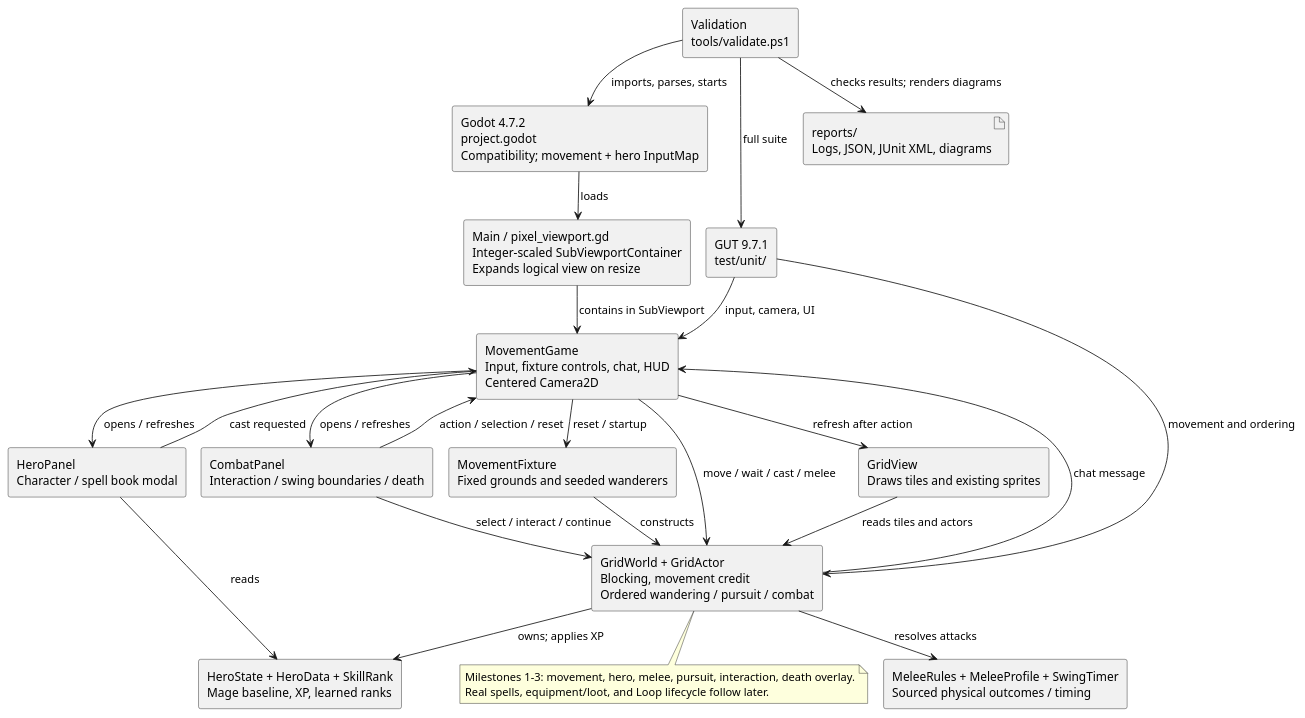
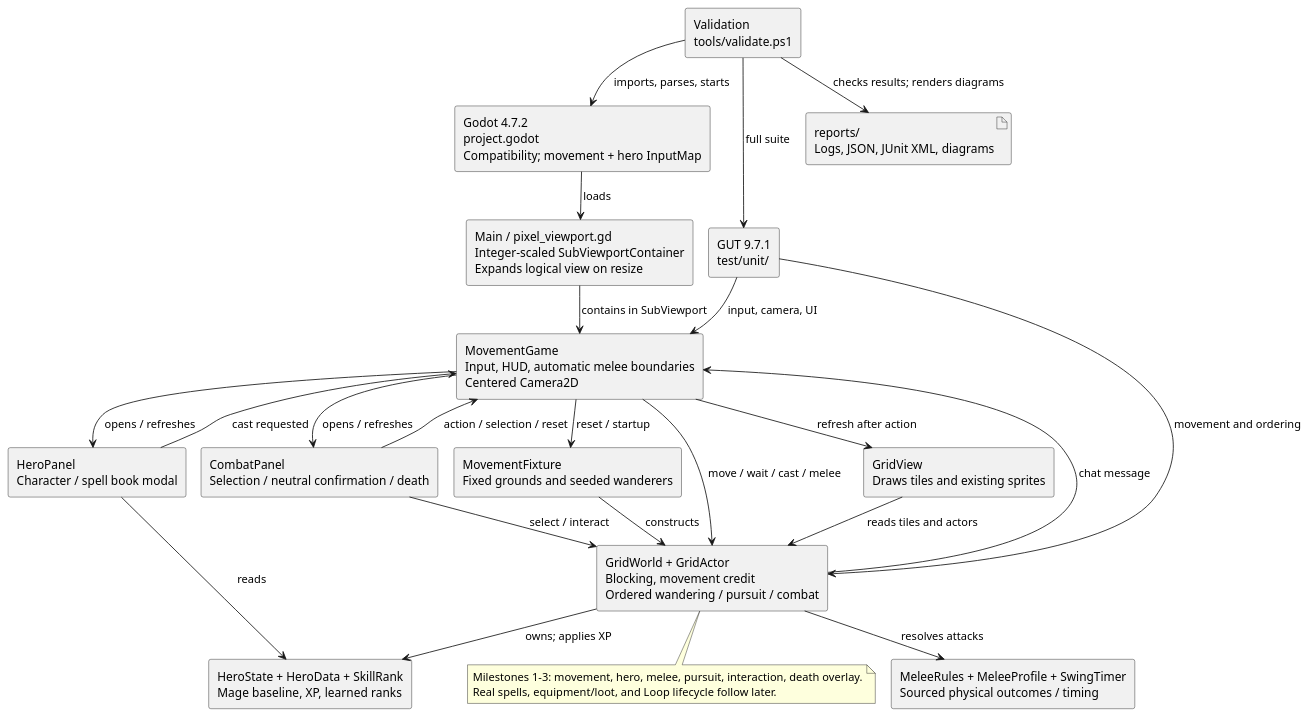
The diagram in docs/architecture/components.puml (VHonzik/Ostinato), drawn with PlantUML before and after one commit. The commit also changed 12 other files, not shown here.

Commit message:
Address milestone 3 combat and interaction QA

```diff
--- a/docs/architecture/components.puml
+++ b/docs/architecture/components.puml
@@ -1,48 +1,48 @@
 @startuml
 !pragma layout smetana
 skinparam componentStyle rectangle
 skinparam shadowing false
 skinparam nodesep 55
 skinparam ranksep 45
 
 component "Godot 4.7.2\nproject.godot\nCompatibility; movement + hero InputMap" as Godot
 component "Main / pixel_viewport.gd\nInteger-scaled SubViewportContainer\nExpands logical view on resize" as Main
-component "MovementGame\nInput, fixture controls, chat, HUD\nCentered Camera2D" as Game
+component "MovementGame\nInput, HUD, automatic melee boundaries\nCentered Camera2D" as Game
 component "GridView\nDraws tiles and existing sprites" as View
 component "GridWorld + GridActor\nBlocking, movement credit\nOrdered wandering / pursuit / combat" as World
 component "HeroState + HeroData + SkillRank\nMage baseline, XP, learned ranks" as Hero
 component "MeleeRules + MeleeProfile + SwingTimer\nSourced physical outcomes / timing" as Combat
-component "CombatPanel\nInteraction / swing boundaries / death" as CombatUI
+component "CombatPanel\nSelection / neutral confirmation / death" as CombatUI
 component "HeroPanel\nCharacter / spell book modal" as Panel
 component "MovementFixture\nFixed grounds and seeded wanderers" as Fixture
 component "GUT 9.7.1\ntest/unit/" as Tests
 component "Validation\ntools/validate.ps1" as Validation
 artifact "reports/\nLogs, JSON, JUnit XML, diagrams" as Reports
 
 Godot --> Main : loads
 Main --> Game : contains in SubViewport
 Game --> Fixture : reset / startup
 Fixture --> World : constructs
 Game --> World : move / wait / cast / melee
 World --> Combat : resolves attacks
 Game --> CombatUI : opens / refreshes
-CombatUI --> World : select / interact / continue
+CombatUI --> World : select / interact
 CombatUI --> Game : action / selection / reset
 World --> Hero : owns; applies XP
 Game --> Panel : opens / refreshes
 Panel --> Game : cast requested
 Panel --> Hero : reads
 World --> Game : chat message
 Game --> View : refresh after action
 View --> World : reads tiles and actors
 Validation --> Godot : imports, parses, starts
 Validation --> Tests : full suite
 Tests --> Game : input, camera, UI
 Tests --> World : movement and ordering
 Validation --> Reports : checks results; renders diagrams
 
 note bottom of World
 Milestones 1–3: movement, hero, melee, pursuit, interaction, death overlay.
 Real spells, equipment/loot, and Loop lifecycle follow later.
 end note
 @enduml
```
